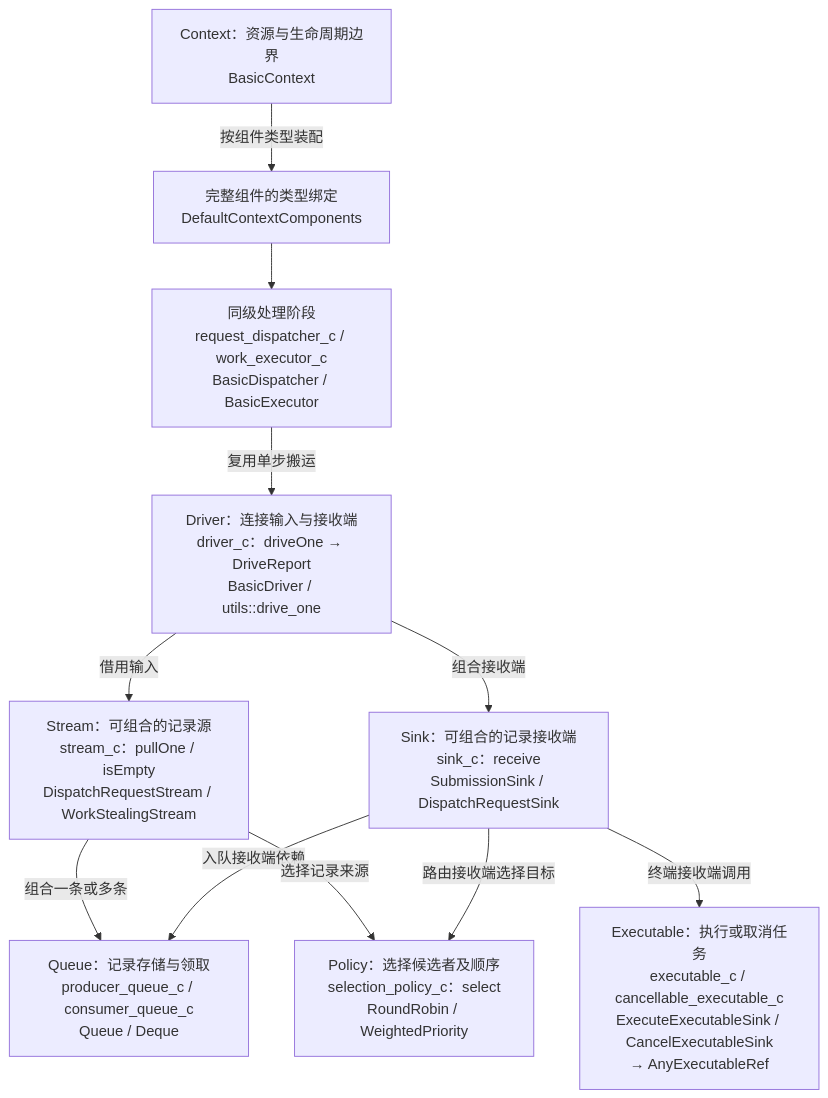
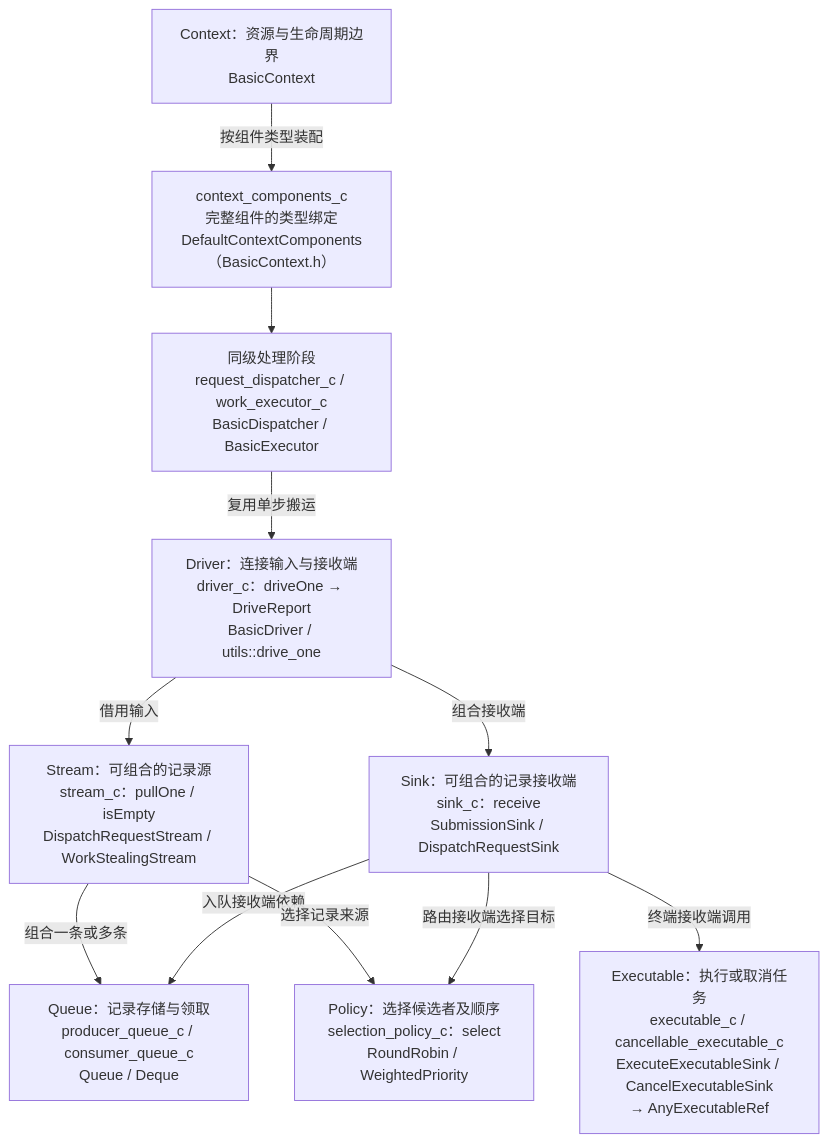
One commit to mmmmmcree/async changed the first of 7 diagrams in CORE_ARCHITECTURE.md. Above: the diagram before and after it, drawn with Mermaid. The commit also changed other lines of this file and 13 other files, not shown here.

Commit message:
seperate ServiceHost;  simplify BasicContext

````diff
--- a/CORE_ARCHITECTURE.md
+++ b/CORE_ARCHITECTURE.md
@@ -7,14 +7,14 @@
 ```mermaid
 flowchart TB
     context["Context：资源与生命周期边界<br/>BasicContext"]
-    context -->|按组件类型装配| components["完整组件的类型绑定<br/>DefaultContextComponents"]
+    context -->|按组件类型装配| components["context_components_c<br/>完整组件的类型绑定<br/>DefaultContextComponents（BasicContext.h）"]
     components --> stages["同级处理阶段<br/>request_dispatcher_c / work_executor_c<br/>BasicDispatcher / BasicExecutor"]
     stages -->|复用单步搬运| driver["Driver：连接输入与接收端<br/>driver_c：driveOne → DriveReport<br/>BasicDriver / utils::drive_one"]
     driver -->|借用输入| stream["Stream：可组合的记录源<br/>stream_c：pullOne / isEmpty<br/>DispatchRequestStream / WorkStealingStream"]
     driver -->|组合接收端| sink["Sink：可组合的记录接收端<br/>sink_c：receive<br/>SubmissionSink / DispatchRequestSink"]
     stream -->|组合一条或多条| queue["Queue：记录存储与领取<br/>producer_queue_c / consumer_queue_c<br/>Queue / Deque"]
     sink -->|入队接收端依赖| queue
     stream -->|选择记录来源| policy["Policy：选择候选者及顺序<br/>selection_policy_c：select<br/>RoundRobin / WeightedPriority"]
     sink -->|路由接收端选择目标| policy
     sink -->|终端接收端调用| executable["Executable：执行或取消任务<br/>executable_c / cancellable_executable_c<br/>ExecuteExecutableSink / CancelExecutableSink<br/>→ AnyExecutableRef"]
 ```
````
